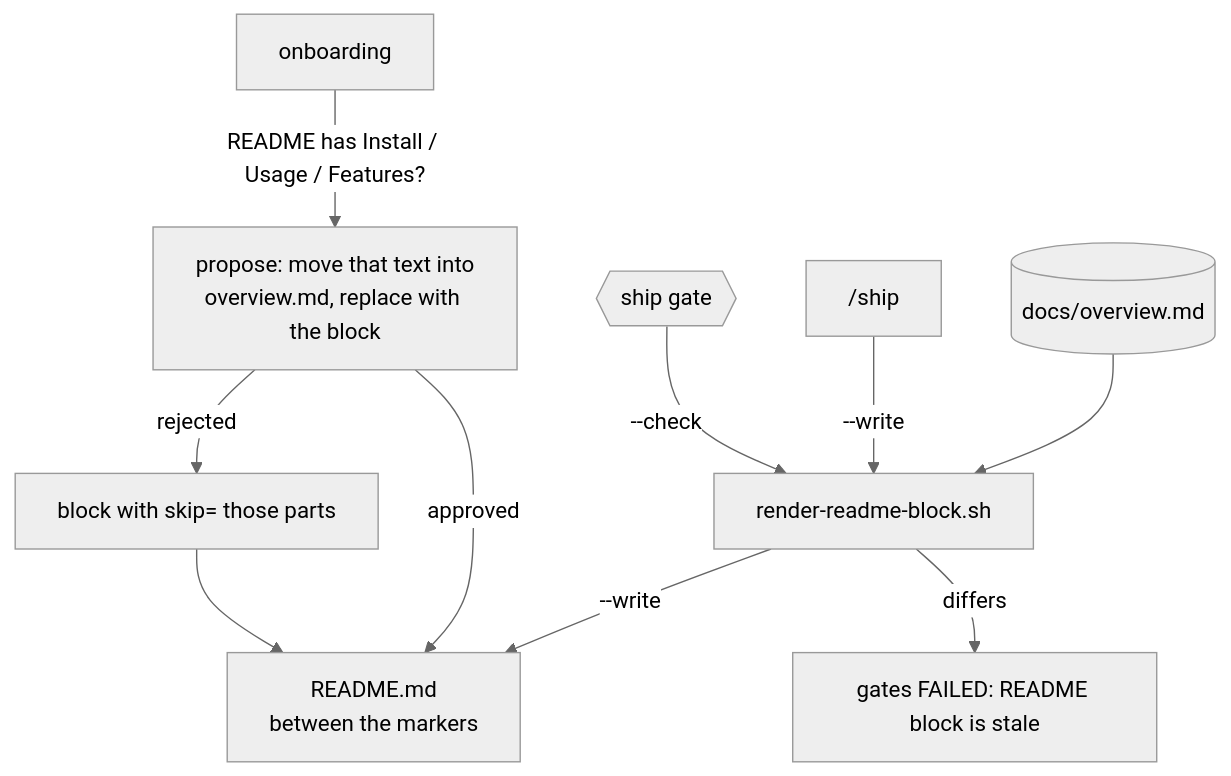
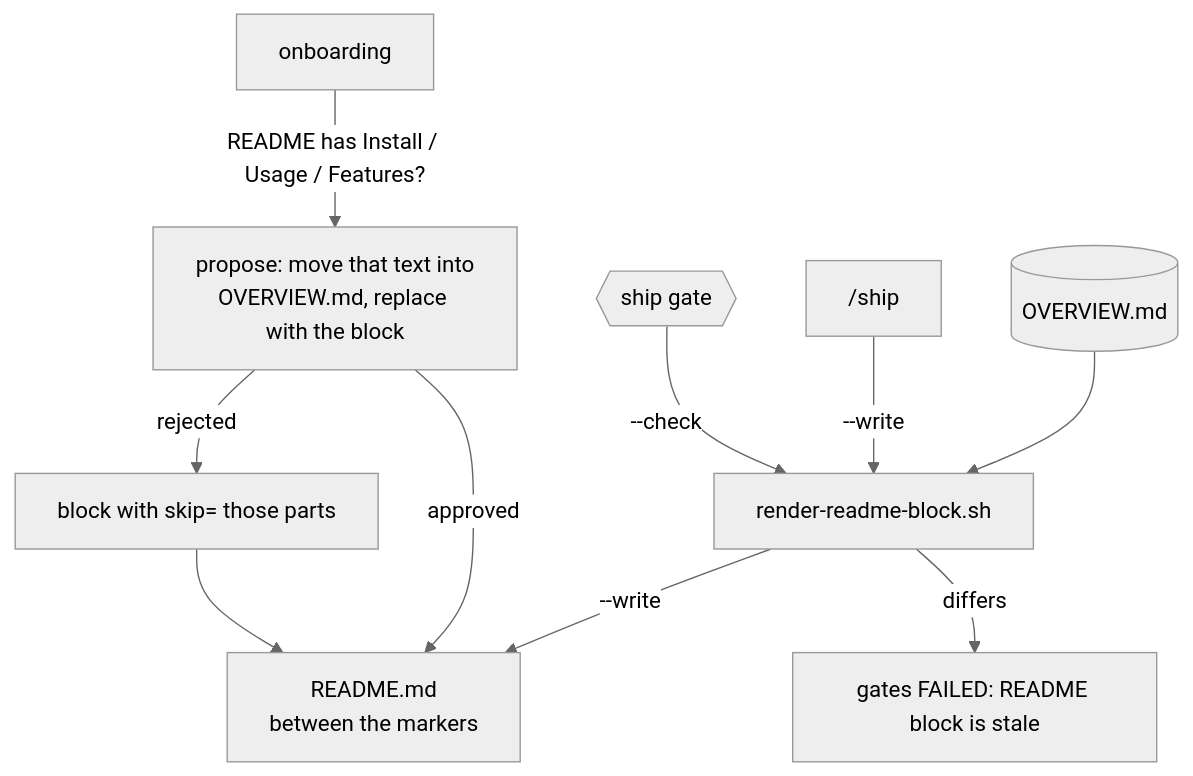
One commit to dzaffren/claude-plugin changed the first of 3 diagrams in docs/specs/readme-block.md. Above: the diagram before and after it, drawn with Mermaid (neutral theme). The commit also changed other lines of this file and 3 other files, not shown here.

````diff
--- a/docs/specs/readme-block.md
+++ b/docs/specs/readme-block.md
@@ -34,11 +34,11 @@
 ```mermaid
 flowchart TD
-    OV[(docs/overview.md)] --> RN[render-readme-block.sh]
+    OV[(OVERVIEW.md)] --> RN[render-readme-block.sh]
     RN -- "--write" --> RM[README.md<br/>between the markers]
-    ON[onboarding] -- "README has Install / Usage / Features?" --> MP["propose: move that text into<br/>overview.md, replace with the block"]
+    ON[onboarding] -- "README has Install / Usage / Features?" --> MP["propose: move that text into<br/>OVERVIEW.md, replace with the block"]
     MP -- approved --> RM
     MP -- rejected --> SK["block with skip= those parts"] --> RM
     SH["/ship"] -- "--write" --> RN
     GT{{ship gate}} -- "--check" --> RN
     RN -- differs --> F["gates FAILED: README block is stale"]
 ```
````
